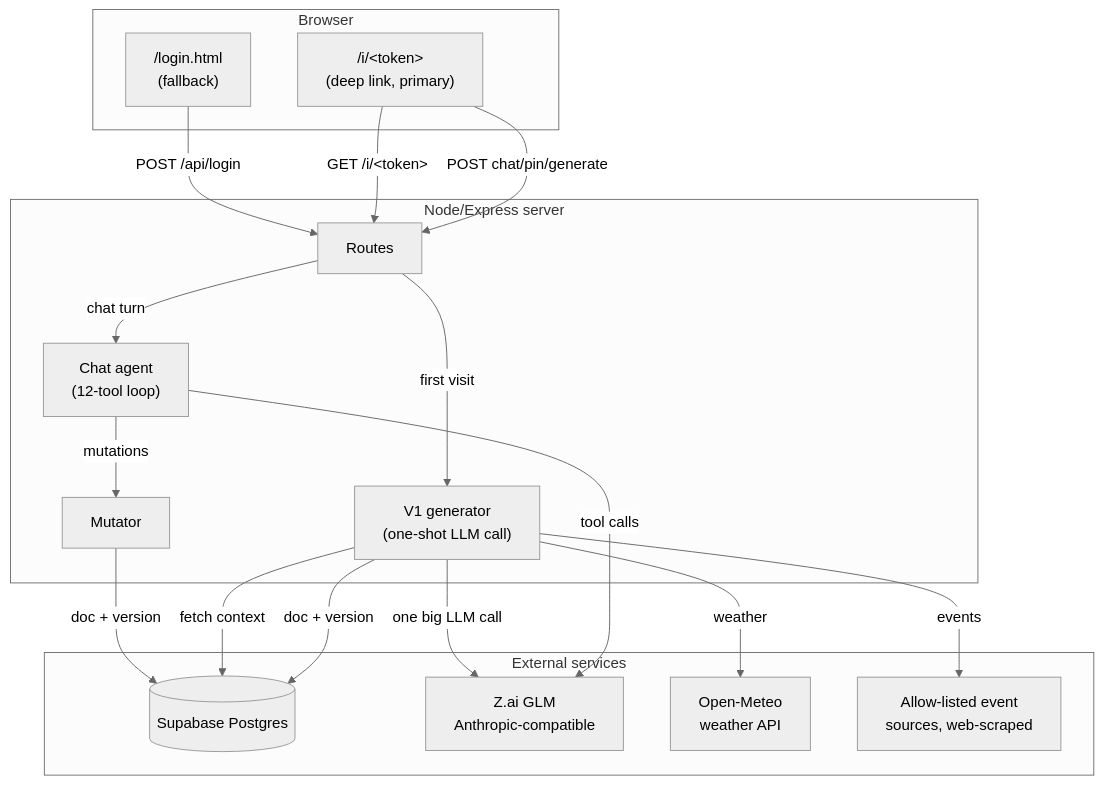
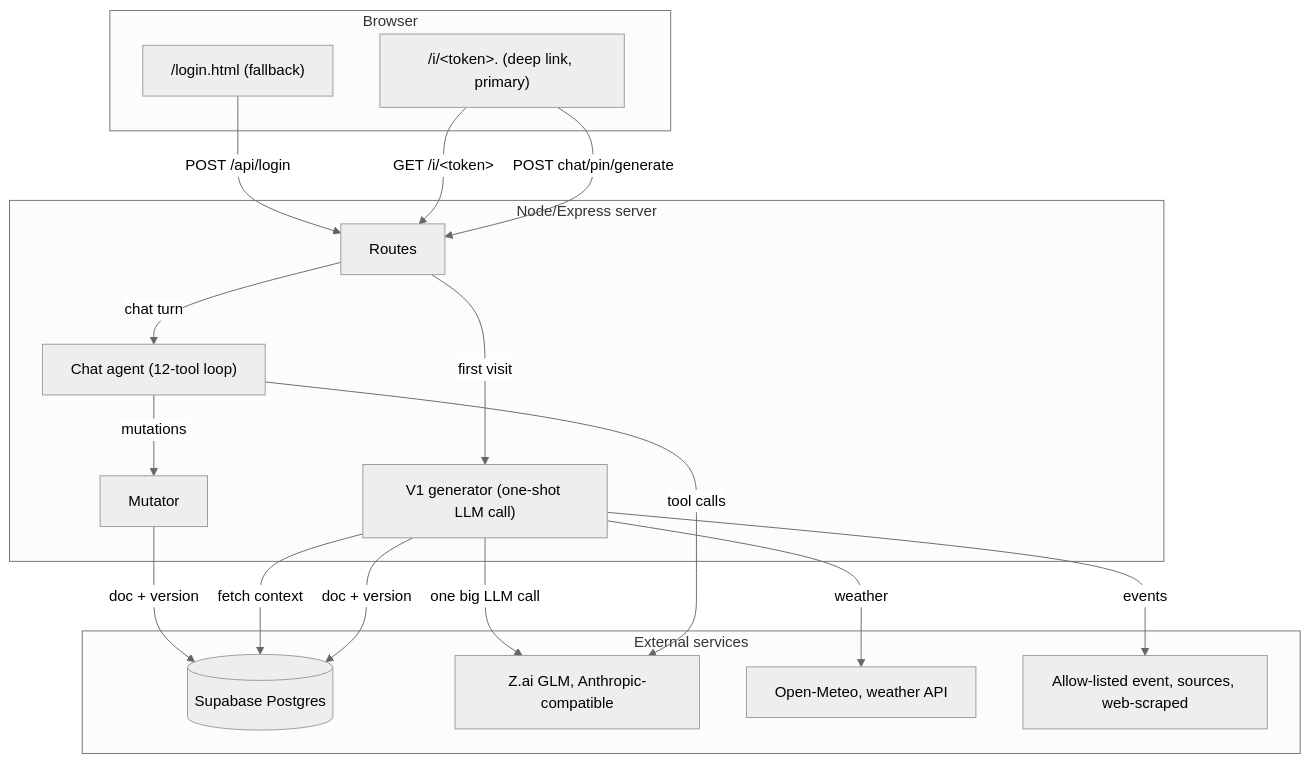
Before and after one commit to samhud1999/leisure-concierge: the second of 9 diagrams in docs/PoC-Overview-for-Confluence.md, drawn with Mermaid (neutral theme). The commit also changed other lines of this file and 1 other file, not shown here.

First line of the commit message:
docs: HTML build of the Confluence overview + diagram source tweaks

````diff
--- a/docs/PoC-Overview-for-Confluence.md
+++ b/docs/PoC-Overview-for-Confluence.md
@@ -109,35 +109,35 @@
 ```mermaid
 graph TB
   subgraph Browser
-    L["/login.html<br/>(fallback)"]
-    I["/i/&lt;token&gt;<br/>(deep link, primary)"]
+    L["/login.html (fallback)"]
+    I["/i/&lt;token&gt. (deep link, primary)"]
   end
 
   subgraph "Node/Express server"
     R[Routes]
-    G["V1 generator<br/>(one-shot LLM call)"]
-    A["Chat agent<br/>(12-tool loop)"]
+    G["V1 generator (one-shot LLM call)"]
+    A["Chat agent (12-tool loop)"]
     M[Mutator]
   end
 
   subgraph "External services"
     S[(Supabase Postgres)]
-    Z[Z.ai GLM<br/>Anthropic-compatible]
-    O[Open-Meteo<br/>weather API]
-    E[Allow-listed event<br/>sources, web-scraped]
+    Z[Z.ai GLM, Anthropic-compatible]
+    O[Open-Meteo, weather API]
+    E[Allow-listed event, sources, web-scraped]
   end
 
   L -- "POST /api/login" --> R
   I -- "GET /i/&lt;token&gt;" --> R
   I -- "POST chat/pin/generate" --> R
   R -- "first visit" --> G
   R -- "chat turn" --> A
   G -- "one big LLM call" --> Z
   A -- "tool calls" --> Z
   A -- "mutations" --> M
   M -- "doc + version" --> S
   G -- "fetch context" --> S
   G -- "weather" --> O
   G -- "events" --> E
   G -- "doc + version" --> S
 ```
````
